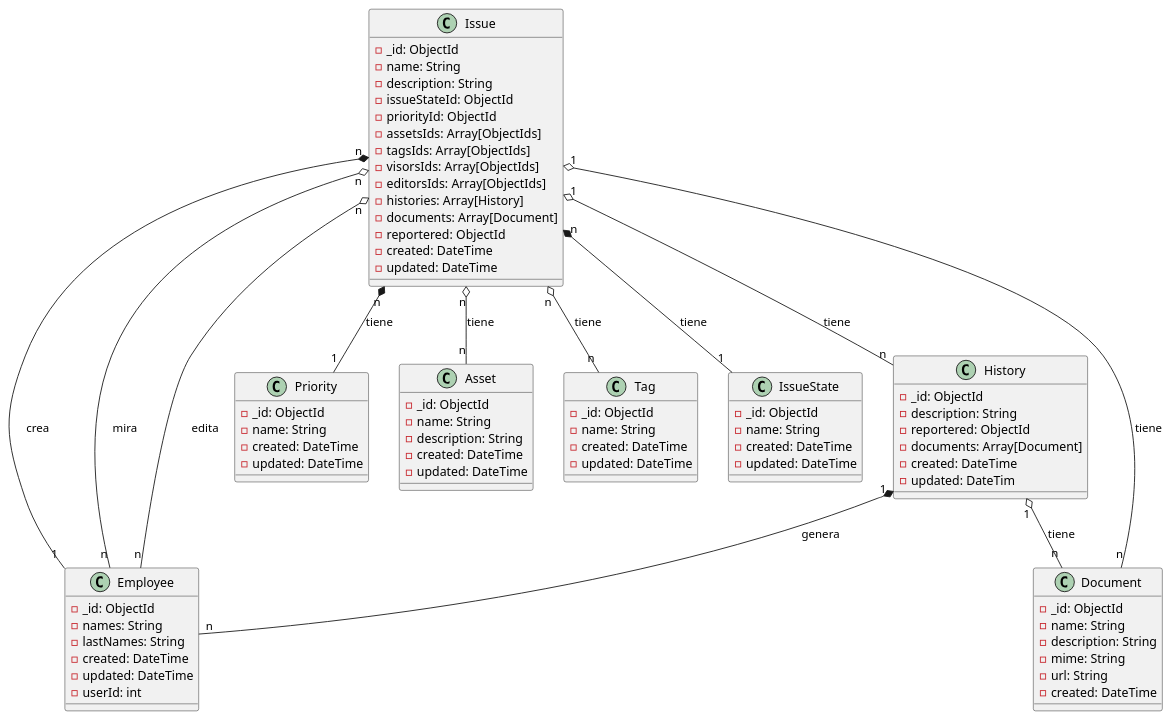
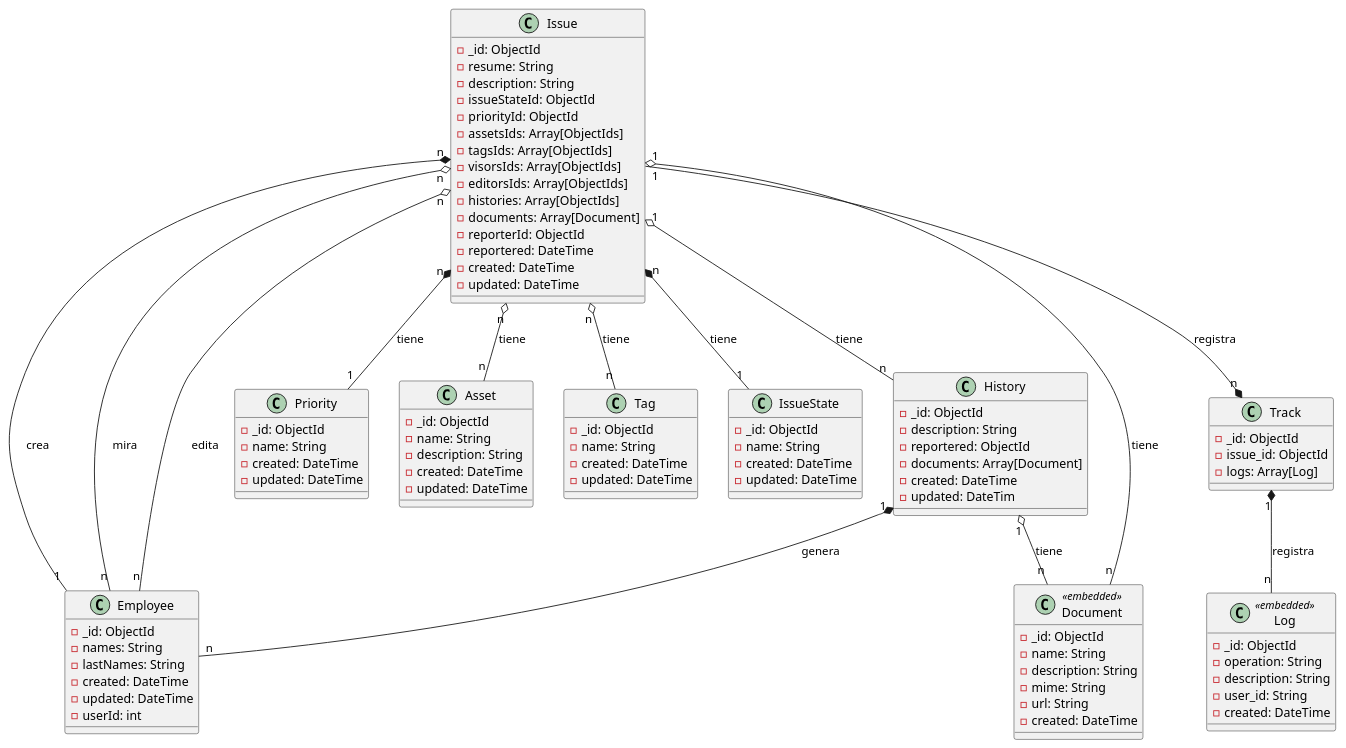
Before and after one commit to pepeul1191/sinatra-tickets-mongodb: the diagram in docs/class_diagram.puml, drawn with PlantUML. The commit also changed 12 other files, not shown here.

```diff
--- a/docs/class_diagram.puml
+++ b/docs/class_diagram.puml
@@ -1,88 +1,105 @@
 @startuml
 
 class Employee {
   - _id: ObjectId
   - names: String
   - lastNames: String
   - created: DateTime
   - updated: DateTime
   - userId: int
 }
 
 class Priority {
   - _id: ObjectId
   - name: String
   - created: DateTime
   - updated: DateTime
 }
 
 class Asset {
   - _id: ObjectId
   - name: String
   - description: String
   - created: DateTime
   - updated: DateTime
 }
 
 class Tag{
   - _id: ObjectId
   - name: String
   - created: DateTime
   - updated: DateTime
 }
 
 class IssueState {
   - _id: ObjectId
   - name: String
   - created: DateTime
   - updated: DateTime
 }
 
 class Issue {
   - _id: ObjectId
-  - name: String
+  - resume: String
   - description: String
   - issueStateId: ObjectId
   - priorityId: ObjectId
   - assetsIds: Array[ObjectIds]
   - tagsIds: Array[ObjectIds]
   - visorsIds: Array[ObjectIds]
   - editorsIds: Array[ObjectIds]
-  - histories: Array[History]
+  - histories: Array[ObjectIds]
   - documents: Array[Document]
-  - reportered: ObjectId
+  - reporterId: ObjectId
+  - reportered: DateTime
   - created: DateTime
   - updated: DateTime
 }
 
 class History {
   - _id: ObjectId
   - description: String
   - reportered: ObjectId
   - documents: Array[Document]
   - created: DateTime
   - updated: DateTim
 }
 
-class Document {
+class Document <<embedded>>{
   - _id: ObjectId
   - name: String
   - description: String
   - mime: String
   - url: String
+  - created: DateTime
+}
+
+class Track {
+  - _id: ObjectId
+  - issue_id: ObjectId
+  - logs: Array[Log]
+}
+
+class Log <<embedded>>{
+  - _id: ObjectId
+  - operation: String
+  - description: String
+  - user_id: String
   - created: DateTime
 }
 
 Issue "n" *-- "1" Employee : crea
 Issue "n" o-- "n" Employee : mira
 Issue "n" o-- "n" Employee : edita
 Issue "n" *-- "1" IssueState : tiene
 Issue "n" *-- "1" Priority : tiene
 Issue "n" o-- "n" Asset : tiene
 Issue "n" o-- "n" Tag : tiene
 Issue "1" o-- "n" History : tiene
 Issue "1" o-- "n" Document : tiene
 History "1" o-- "n" Document : tiene
 History "1" *-- "n" Employee : genera
+Track "1" *-- "n" Log : registra
+Issue "1" --* "n" Track : registra
 
 @enduml
```
